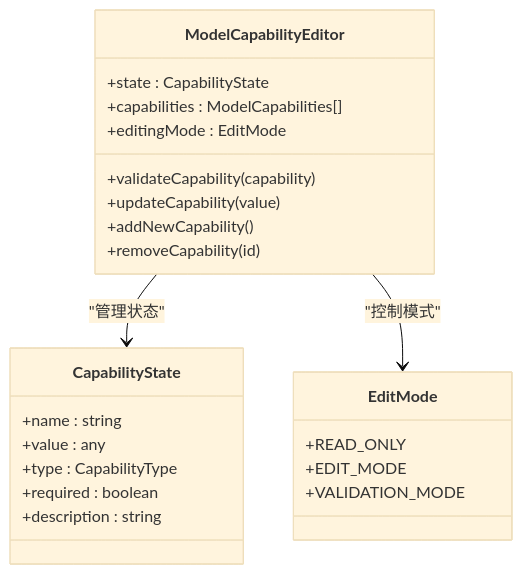
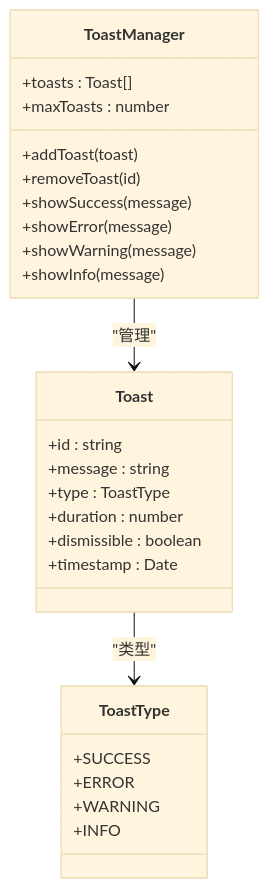
One commit to tianyehedashu/ai-agent changed the ninth of 11 diagrams in .qoder/repowiki/zh/content/前端应用架构/前端应用架构.md. Above: the diagram before and after it, drawn with Mermaid (base theme). The commit also changed other lines of this file and 46 other files, not shown here.

````diff
--- a/.qoder/repowiki/zh/content/前端应用架构/前端应用架构.md
+++ b/.qoder/repowiki/zh/content/前端应用架构/前端应用架构.md
@@ -342,26 +476,29 @@
 ```mermaid
 classDiagram
-class ModelCapabilityEditor {
-+state : CapabilityState
-+capabilities : ModelCapabilities[]
-+editingMode : EditMode
-+validateCapability(capability)
-+updateCapability(value)
-+addNewCapability()
-+removeCapability(id)
+class ToastManager {
++toasts : Toast[]
++maxToasts : number
++addToast(toast)
++removeToast(id)
++showSuccess(message)
++showError(message)
++showWarning(message)
++showInfo(message)
 }
-class CapabilityState {
-+name : string
-+value : any
-+type : CapabilityType
-+required : boolean
-+description : string
+class Toast {
++id : string
++message : string
++type : ToastType
++duration : number
++dismissible : boolean
++timestamp : Date
 }
-class EditMode {
-+READ_ONLY
-+EDIT_MODE
-+VALIDATION_MODE
+class ToastType {
++SUCCESS
++ERROR
++WARNING
++INFO
 }
-ModelCapabilityEditor --> CapabilityState : "管理状态"
-ModelCapabilityEditor --> EditMode : "控制模式"
+ToastManager --> Toast : "管理"
+Toast --> ToastType : "类型"
 ```
````
